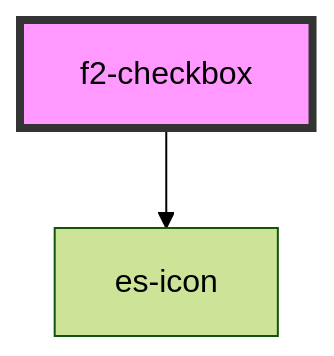
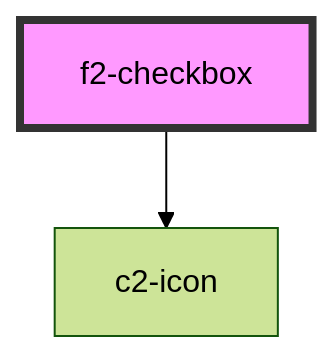
Before and after one commit to EventStore/Design-System: the diagram in packages/fields/src/components/checkbox/readme.md, drawn with Mermaid (forest theme). The commit also changed other lines of this file and 512 other files, not shown here.

````diff
--- a/packages/fields/src/components/checkbox/readme.md
+++ b/packages/fields/src/components/checkbox/readme.md
@@ -69,5 +69,5 @@
 ```mermaid
 graph TD;
-  f2-checkbox --> es-icon
+  f2-checkbox --> c2-icon
   style f2-checkbox fill:#f9f,stroke:#333,stroke-width:4px
 ```
````
